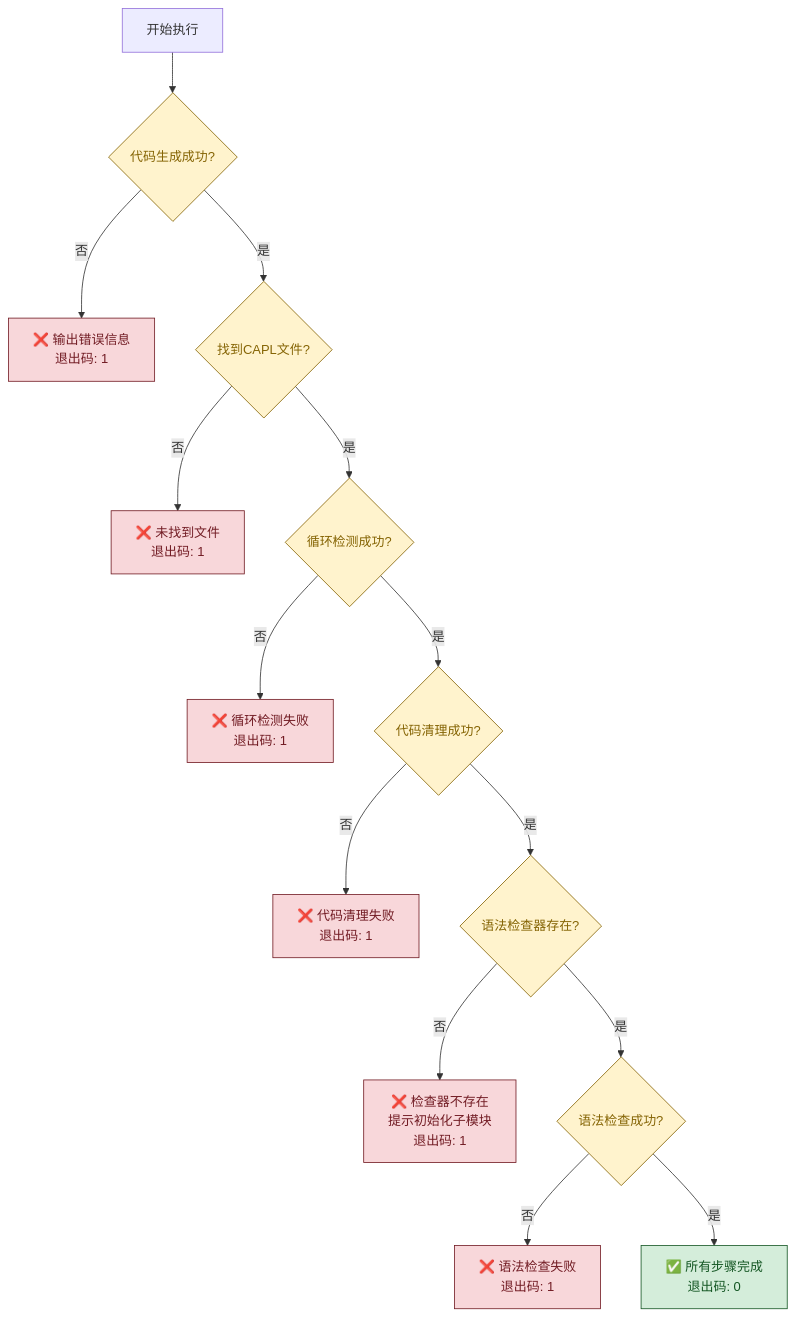
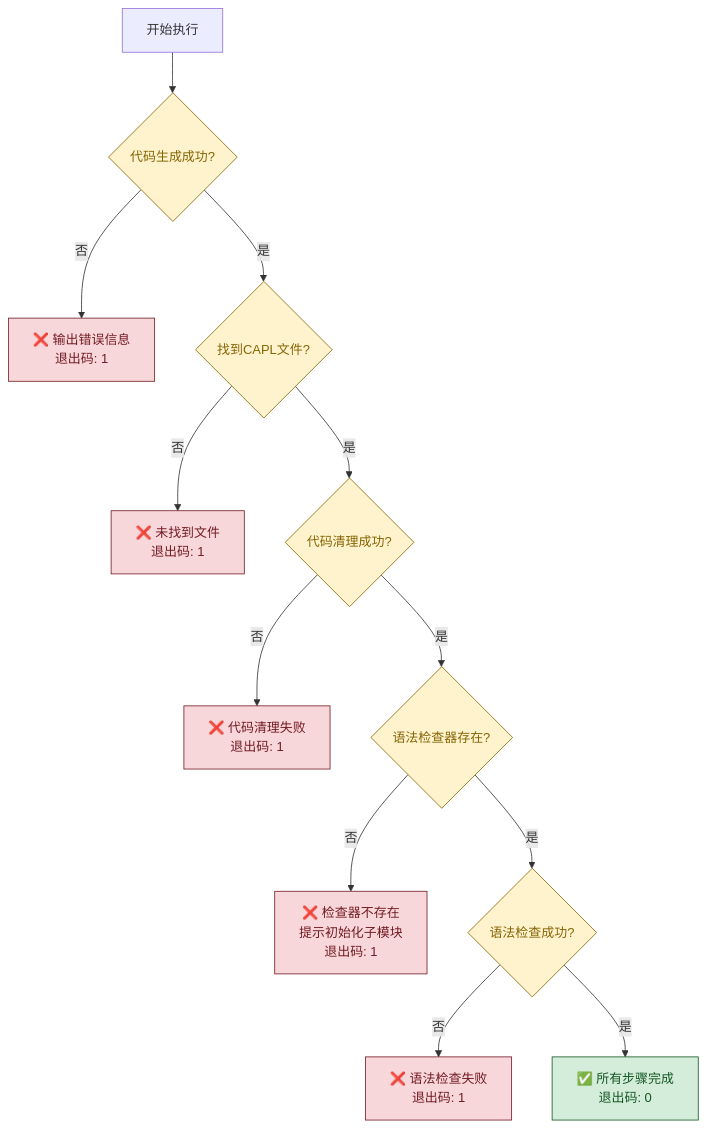
Before and after one commit to robertsong2000/testcase_AI_generator: the fourth of 5 diagrams in docs/capl_workflow_diagram.md, drawn with Mermaid. The commit also changed other lines of this file and 1 other file, not shown here.

````diff
--- a/docs/capl_workflow_diagram.md
+++ b/docs/capl_workflow_diagram.md
@@ -193,25 +182,23 @@
 ```mermaid
 graph TD
     A[开始执行] --> B{代码生成成功?}
     B -->|否| C[❌ 输出错误信息<br/>退出码: 1]
     B -->|是| D{找到CAPL文件?}
     D -->|否| E[❌ 未找到文件<br/>退出码: 1]
-    D -->|是| F{循环检测成功?}
-    F -->|否| G[❌ 循环检测失败<br/>退出码: 1]
-    F -->|是| H{代码清理成功?}
+    D -->|是| H{代码清理成功?}
     H -->|否| I[❌ 代码清理失败<br/>退出码: 1]
     H -->|是| J{语法检查器存在?}
     J -->|否| K[❌ 检查器不存在<br/>提示初始化子模块<br/>退出码: 1]
     J -->|是| L{语法检查成功?}
     L -->|否| M[❌ 语法检查失败<br/>退出码: 1]
     L -->|是| N[✅ 所有步骤完成<br/>退出码: 0]
     
     %% 样式定义
     classDef success fill:#d4edda,stroke:#155724,color:#155724
     classDef error fill:#f8d7da,stroke:#721c24,color:#721c24
     classDef decision fill:#fff3cd,stroke:#856404,color:#856404
     
     class N success
-    class C,E,G,I,K,M error
-    class B,D,F,H,J,L decision
+    class C,E,I,K,M error
+    class B,D,H,J,L decision
 ```
````
